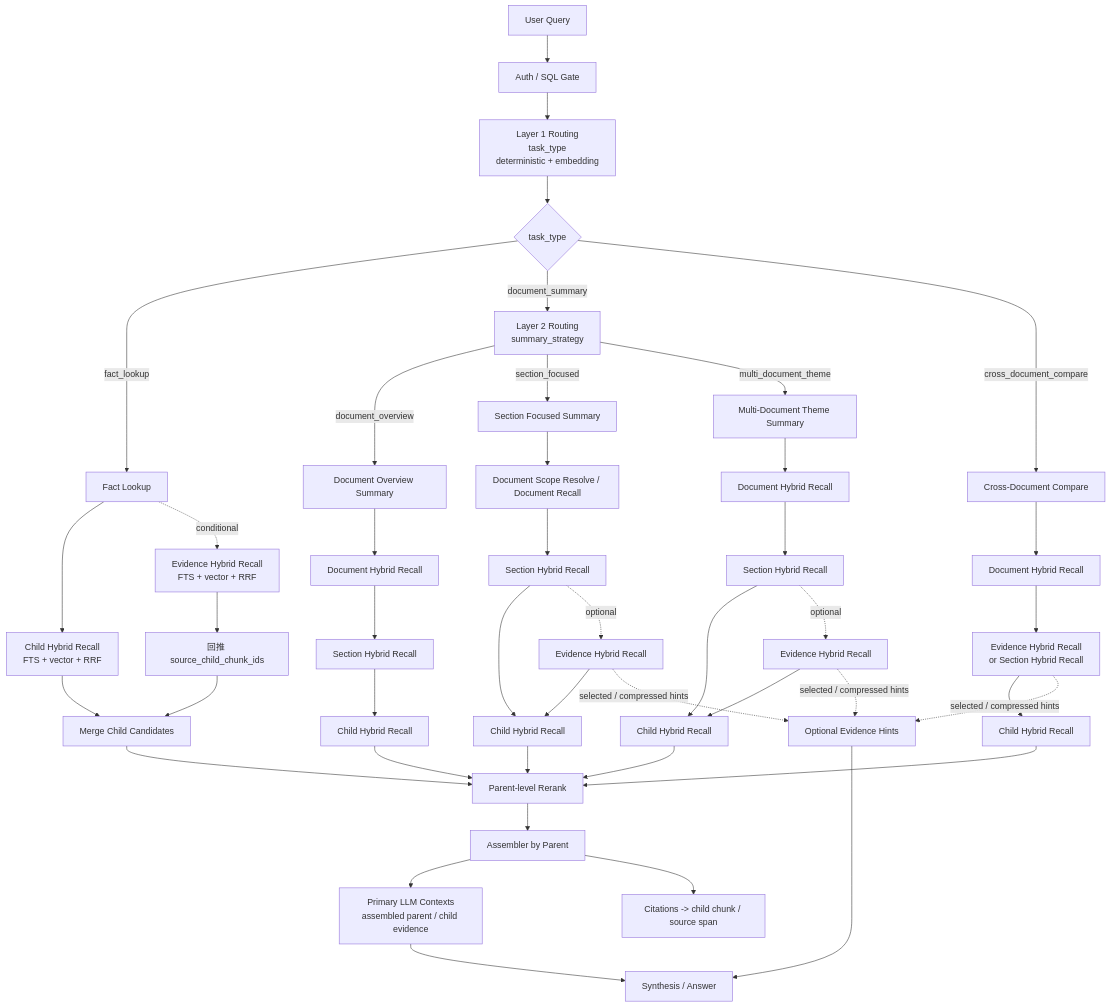
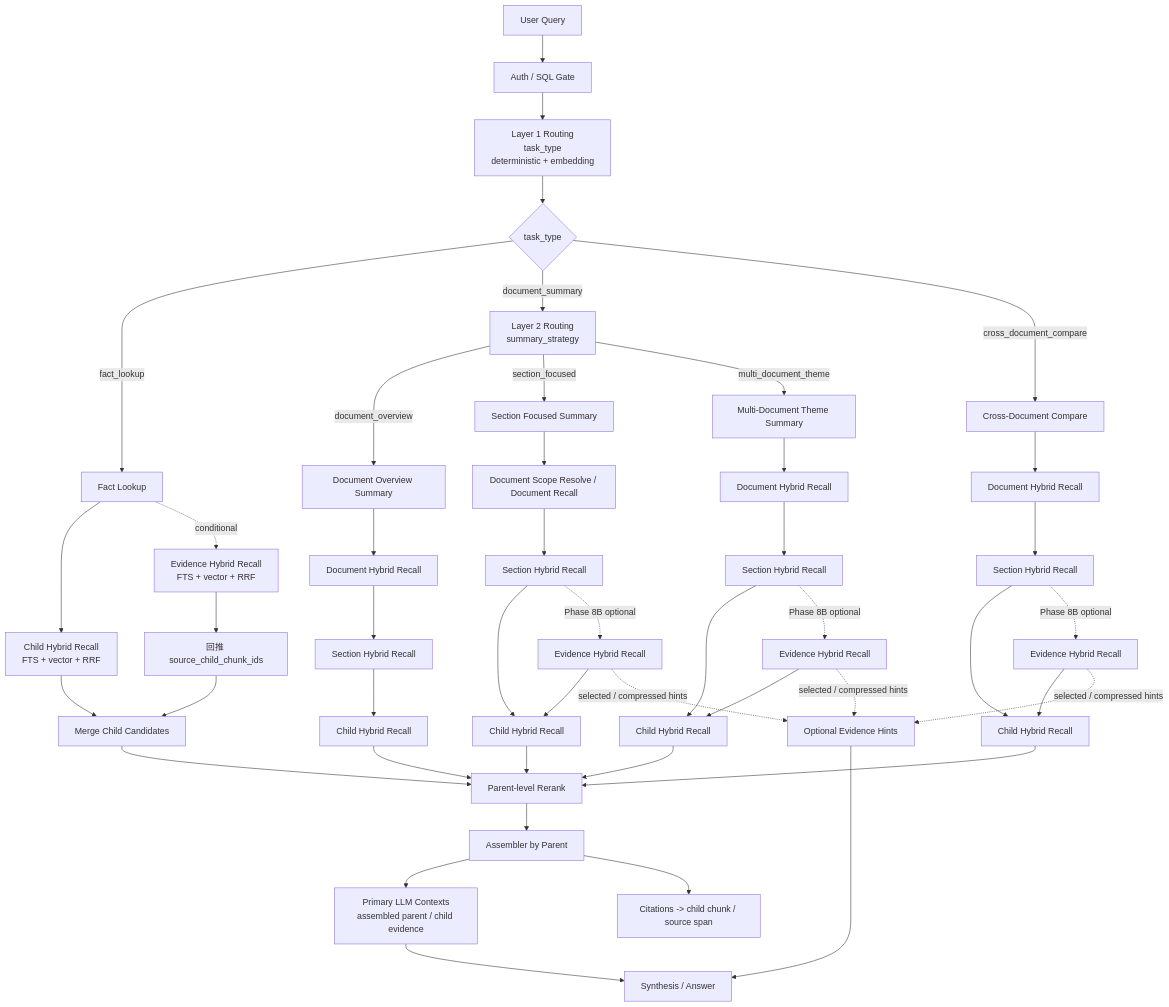
The second of 2 diagrams in ARCHITECTURE.md (jASTARSEVEN/deep-agent-rag-stack), drawn with Mermaid before and after one commit. The commit also changed other lines of this file and 2 other files, not shown here.

````diff
--- a/ARCHITECTURE.md
+++ b/ARCHITECTURE.md
@@ -145,57 +145,59 @@
 ```mermaid
 flowchart TD
     Q["User Query"] --> AUTH["Auth / SQL Gate"]
     AUTH --> L1["Layer 1 Routing<br/>task_type<br/>deterministic + embedding"]
 
     L1 --> RT{"task_type"}
 
     RT -->|fact_lookup| FL["Fact Lookup"]
     RT -->|document_summary| L2["Layer 2 Routing<br/>summary_strategy"]
     RT -->|cross_document_compare| CDC["Cross-Document Compare"]
 
     L2 -->|document_overview| DOS["Document Overview Summary"]
     L2 -->|section_focused| SFS["Section Focused Summary"]
     L2 -->|multi_document_theme| MDS["Multi-Document Theme Summary"]
 
     FL --> CH0["Child Hybrid Recall<br/>FTS + vector + RRF"]
     FL -. conditional .-> EH0["Evidence Hybrid Recall<br/>FTS + vector + RRF"]
     EH0 --> MAP0["回推 source_child_chunk_ids"]
     CH0 --> MERGE0["Merge Child Candidates"]
     MAP0 --> MERGE0
 
     DOS --> DR1["Document Hybrid Recall"]
     DR1 --> SR1["Section Hybrid Recall"]
     SR1 --> CH1["Child Hybrid Recall"]
 
     SFS --> DR2["Document Scope Resolve / Document Recall"]
     DR2 --> SR2["Section Hybrid Recall"]
     SR2 --> CH2["Child Hybrid Recall"]
-    SR2 -. optional .-> EH2["Evidence Hybrid Recall"]
+    SR2 -. "Phase 8B optional" .-> EH2["Evidence Hybrid Recall"]
     EH2 --> CH2
 
     MDS --> DR3["Document Hybrid Recall"]
     DR3 --> SR3["Section Hybrid Recall"]
     SR3 --> CH3["Child Hybrid Recall"]
-    SR3 -. optional .-> EH3["Evidence Hybrid Recall"]
+    SR3 -. "Phase 8B optional" .-> EH3["Evidence Hybrid Recall"]
     EH3 --> CH3
 
     CDC --> DR4["Document Hybrid Recall"]
-    DR4 --> EH4["Evidence Hybrid Recall<br/>or Section Hybrid Recall"]
-    EH4 --> CH4["Child Hybrid Recall"]
+    DR4 --> SR4["Section Hybrid Recall"]
+    SR4 --> CH4["Child Hybrid Recall"]
+    SR4 -. "Phase 8B optional" .-> EH4["Evidence Hybrid Recall"]
+    EH4 --> CH4
 
     MERGE0 --> RR["Parent-level Rerank"]
     CH1 --> RR
     CH2 --> RR
     CH3 --> RR
     CH4 --> RR
 
     RR --> ASM["Assembler by Parent"]
     ASM --> CTX["Primary LLM Contexts<br/>assembled parent / child evidence"]
     EH2 -. selected / compressed hints .-> HINT["Optional Evidence Hints"]
     EH3 -. selected / compressed hints .-> HINT
     EH4 -. selected / compressed hints .-> HINT
 
     CTX --> SYN["Synthesis / Answer"]
     HINT --> SYN
     ASM --> CIT["Citations -> child chunk / source span"]
 ```
````
